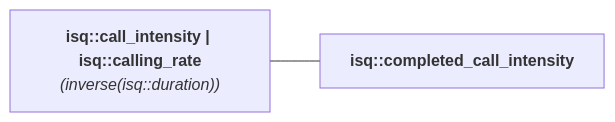
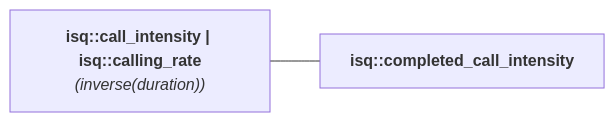
One commit to mpusz/mp-units changed the diagram in docs/reference/systems_reference/hierarchies/call_intensity.md. Above: the diagram before and after it, drawn with Mermaid. The commit also changed 3 other files, not shown here.

````diff
--- a/docs/reference/systems_reference/hierarchies/call_intensity.md
+++ b/docs/reference/systems_reference/hierarchies/call_intensity.md
@@ -8,6 +8,6 @@
 ```mermaid
 flowchart LR
-    isq_call_intensity["<b><a href="../../systems/isq/#call_intensity" style="color: var(--md-mermaid-label-fg-color); text-decoration: none;">isq::call_intensity</a> | <a href="../../systems/isq/#calling_rate" style="color: var(--md-mermaid-label-fg-color); text-decoration: none;">isq::calling_rate</a></b><br><i>(inverse(isq::<a href="../../systems/isq/#duration" style="color: var(--md-mermaid-label-fg-color); text-decoration: none;">duration</a>))</i>"]
+    isq_call_intensity["<b><a href="../../systems/isq/#call_intensity" style="color: var(--md-mermaid-label-fg-color); text-decoration: none;">isq::call_intensity</a> | <a href="../../systems/isq/#calling_rate" style="color: var(--md-mermaid-label-fg-color); text-decoration: none;">isq::calling_rate</a></b><br><i>(inverse(<a href="../../systems/isq/#duration" style="color: var(--md-mermaid-label-fg-color); text-decoration: none;">duration</a>))</i>"]
     isq_completed_call_intensity["<b><a href="../../systems/isq/#completed_call_intensity" style="color: var(--md-mermaid-label-fg-color); text-decoration: none;">isq::completed_call_intensity</a></b>"]
     isq_call_intensity --- isq_completed_call_intensity
 ```
````
